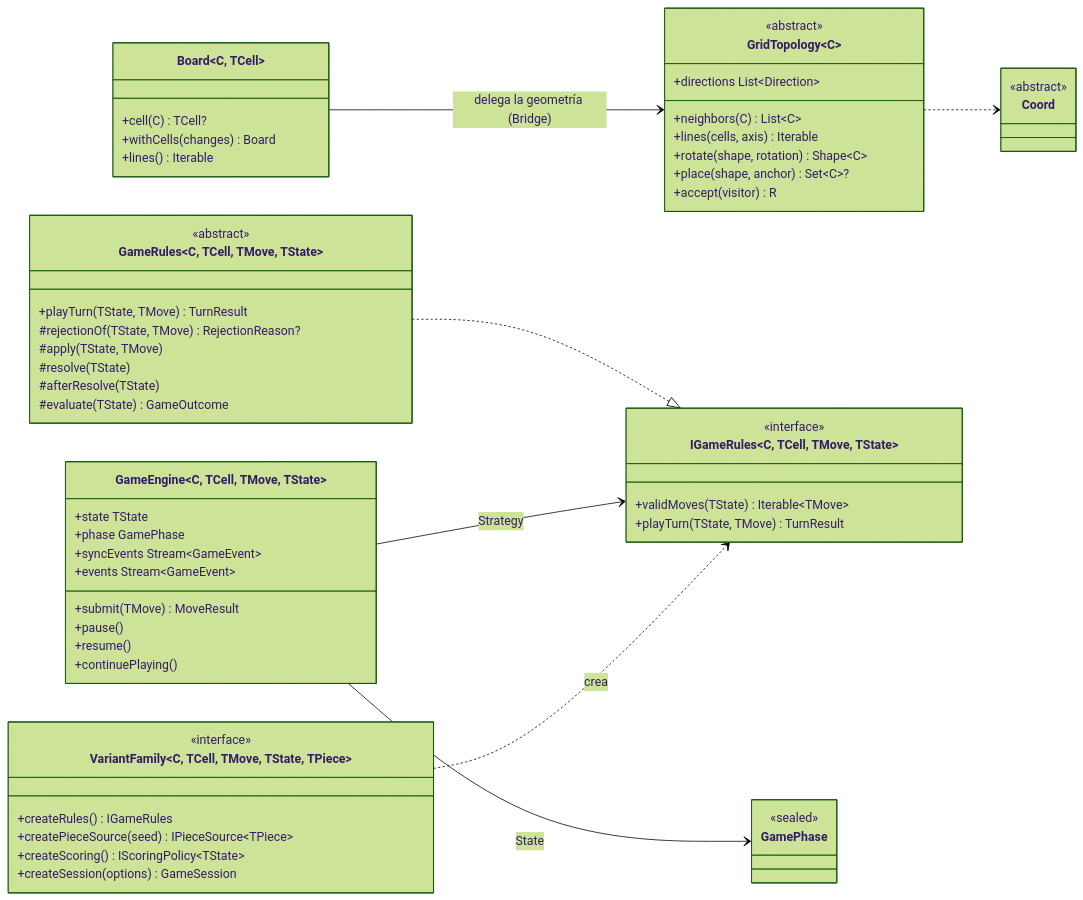
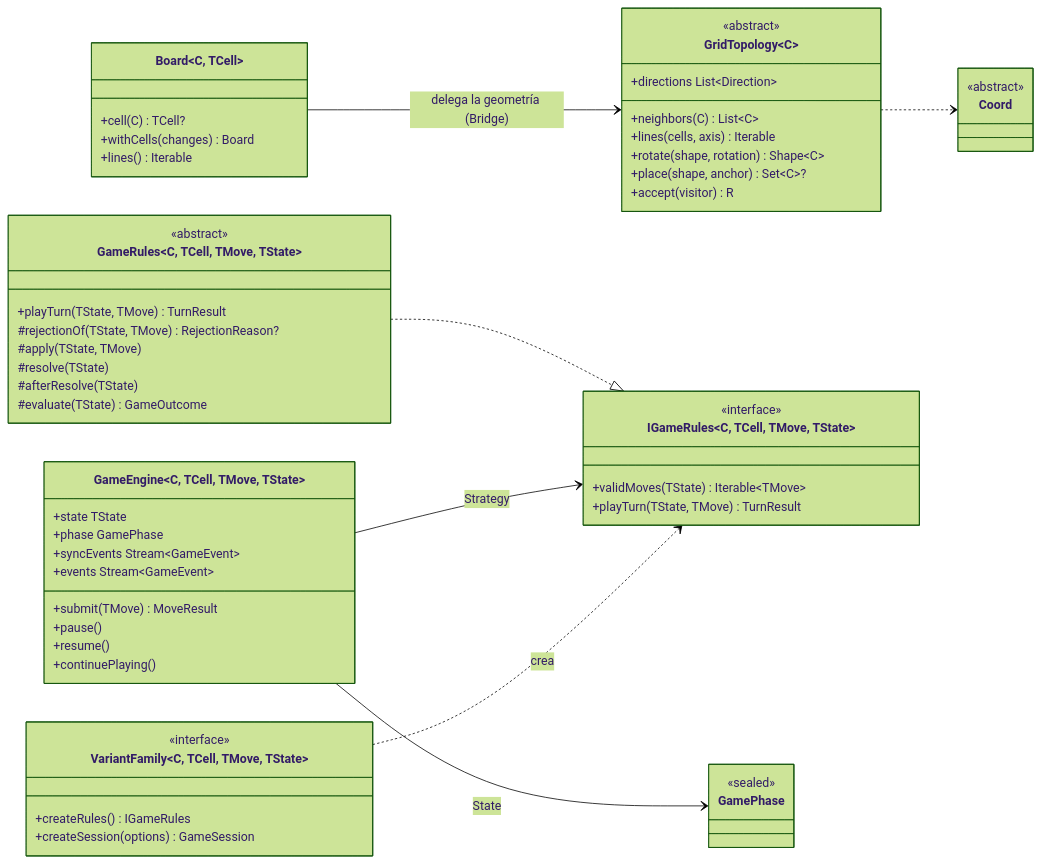
The first of 2 diagrams in docs/architecture/ARQ-02-MOTOR.md (DanielHaro28/hexablock-app), drawn with Mermaid (forest theme) before and after one commit. The commit also changed other lines of this file and 29 other files, not shown here.

````diff
--- a/docs/architecture/ARQ-02-MOTOR.md
+++ b/docs/architecture/ARQ-02-MOTOR.md
@@ -58,61 +59,59 @@
 ```mermaid
 classDiagram
     direction LR
     class Coord {
       <<abstract>>
     }
     class GridTopology~C~ {
       <<abstract>>
       +neighbors(C) List~C~
       +lines(cells, axis) Iterable
       +directions List~Direction~
       +rotate(shape, rotation) Shape~C~
       +place(shape, anchor) Set~C~?
       +accept(visitor) R
     }
     class Board~C, TCell~ {
       +cell(C) TCell?
       +withCells(changes) Board
       +lines() Iterable
     }
     class IGameRules~C, TCell, TMove, TState~ {
       <<interface>>
       +validMoves(TState) Iterable~TMove~
       +playTurn(TState, TMove) TurnResult
     }
     class GameRules~C, TCell, TMove, TState~ {
       <<abstract>>
       +playTurn(TState, TMove) TurnResult
       #rejectionOf(TState, TMove) RejectionReason?
       #apply(TState, TMove)
       #resolve(TState)
       #afterResolve(TState)
       #evaluate(TState) GameOutcome
     }
     class GameEngine~C, TCell, TMove, TState~ {
       +state TState
       +phase GamePhase
       +syncEvents Stream~GameEvent~
       +events Stream~GameEvent~
       +submit(TMove) MoveResult
       +pause()
       +resume()
       +continuePlaying()
     }
     class GamePhase {
       <<sealed>>
     }
-    class VariantFamily~C, TCell, TMove, TState, TPiece~ {
+    class VariantFamily~C, TCell, TMove, TState~ {
       <<interface>>
       +createRules() IGameRules
-      +createPieceSource(seed) IPieceSource~TPiece~
-      +createScoring() IScoringPolicy~TState~
       +createSession(options) GameSession
     }
     Board --> GridTopology : delega la geometría (Bridge)
     GridTopology ..> Coord
     GameRules ..|> IGameRules
     GameEngine --> IGameRules : Strategy
     GameEngine --> GamePhase : State
     VariantFamily ..> IGameRules : crea
 ```
````
